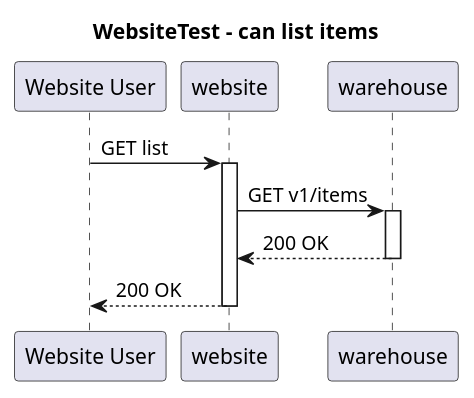
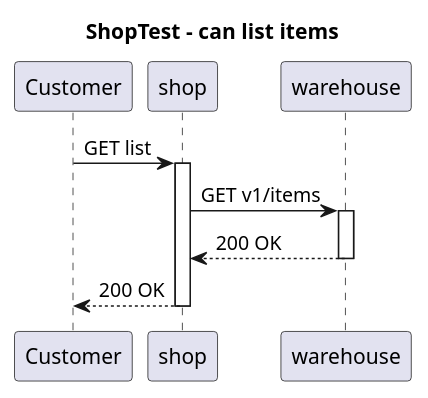
Before and after one commit to http4k/exploring-the-testing-hyperpyramid: the diagram in .presentation/.generated/WebsiteTest - can list items - Sequence.puml, drawn with PlantUML. The commit also changed 9 other files, not shown here.

Commit message:
rework diagrams

```diff
--- a/.presentation/.generated/WebsiteTest - can list items - Sequence.puml
+++ b/.presentation/.generated/WebsiteTest - can list items - Sequence.puml
@@ -1,15 +1,15 @@
 @startuml
-title WebsiteTest - can list items
-participant "Website User"
-participant "website"
+title ShopTest - can list items
+participant "Customer"
+participant "shop"
 participant "warehouse"
-"Website User" -> "website": GET list
-activate "website"
-"website" -> "warehouse": GET v1/items
+"Customer" -> "shop": GET list
+activate "shop"
+"shop" -> "warehouse": GET v1/items
 activate "warehouse"
 
-"warehouse" --> "website": 200 OK
+"warehouse" --> "shop": 200 OK
 deactivate "warehouse"
-"website" --> "Website User": 200 OK
-deactivate "website"
+"shop" --> "Customer": 200 OK
+deactivate "shop"
 @enduml
```
